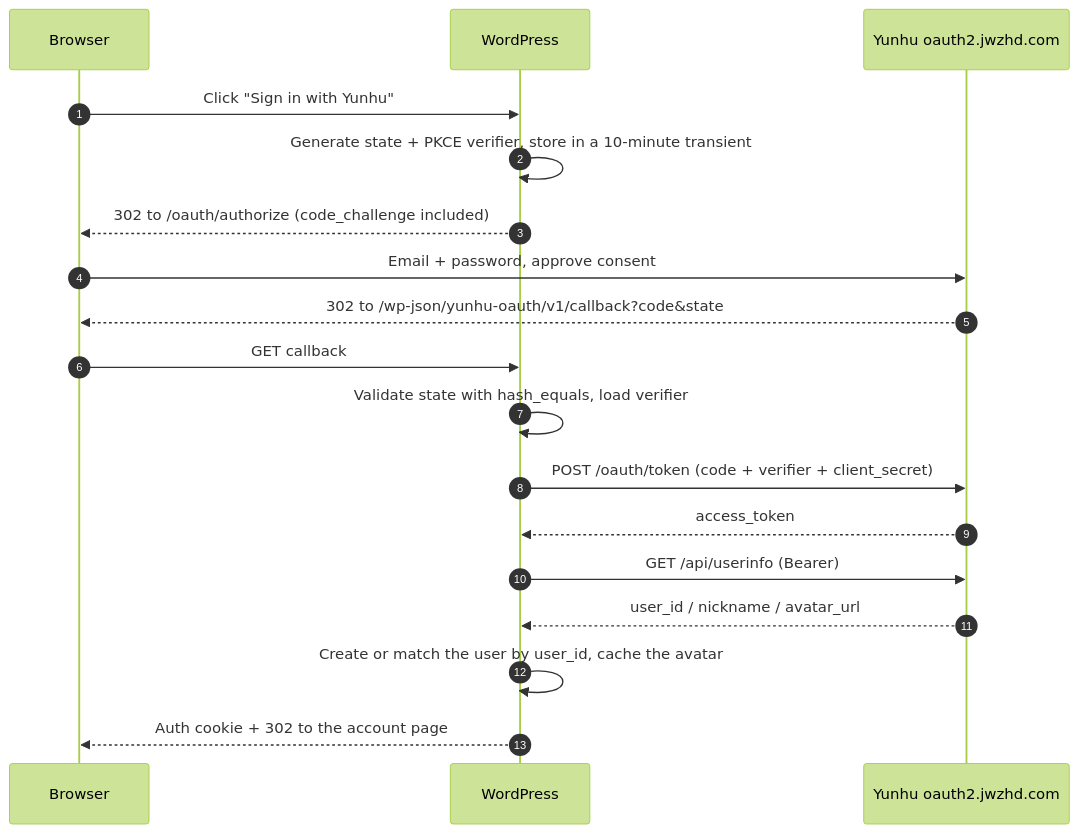
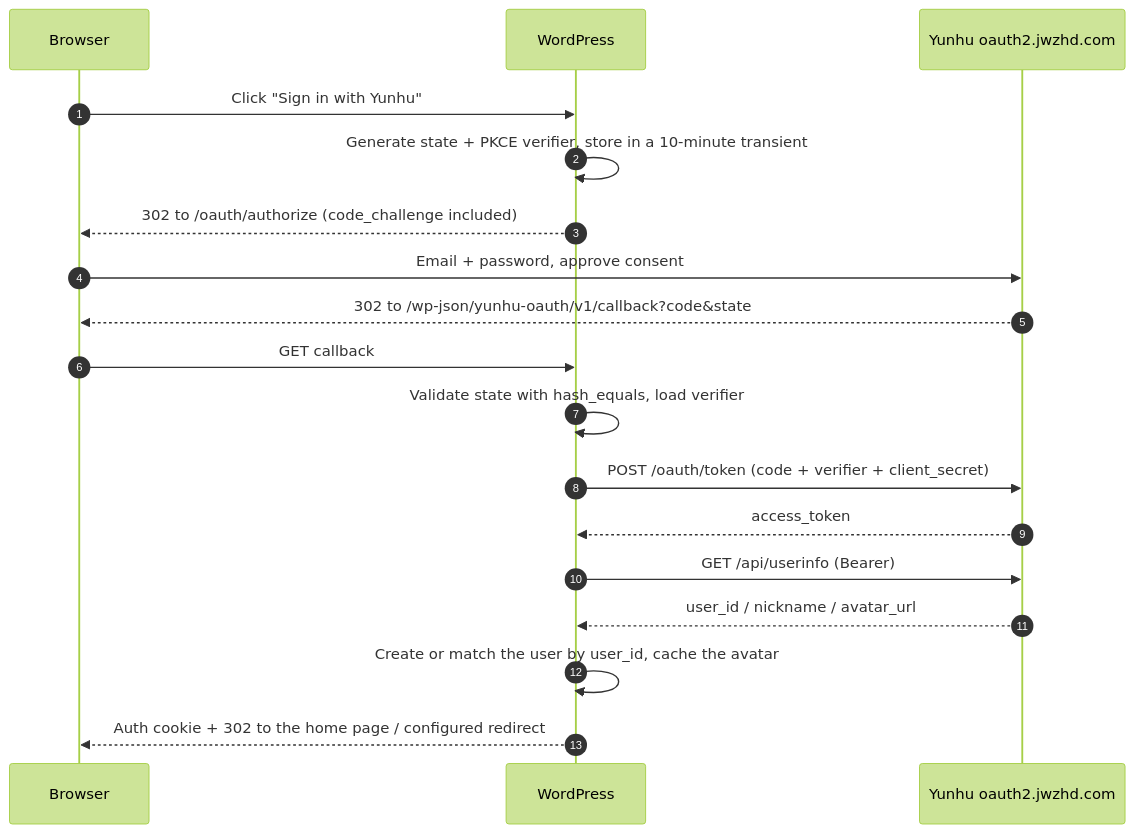
Before and after one commit to liutexi/wp-yh-oauth: the diagram in README.en.md, drawn with Mermaid (forest theme). The commit also changed other lines of this file and 12 other files, not shown here.

````diff
--- a/README.en.md
+++ b/README.en.md
@@ -82,21 +81,21 @@
 ```mermaid
 sequenceDiagram
     autonumber
     participant U as Browser
     participant W as WordPress
     participant Y as Yunhu oauth2.jwzhd.com
 
     U->>W: Click "Sign in with Yunhu"
     W->>W: Generate state + PKCE verifier, store in a 10-minute transient
     W-->>U: 302 to /oauth/authorize (code_challenge included)
     U->>Y: Email + password, approve consent
     Y-->>U: 302 to /wp-json/yunhu-oauth/v1/callback?code&state
     U->>W: GET callback
     W->>W: Validate state with hash_equals, load verifier
     W->>Y: POST /oauth/token (code + verifier + client_secret)
     Y-->>W: access_token
     W->>Y: GET /api/userinfo (Bearer)
     Y-->>W: user_id / nickname / avatar_url
     W->>W: Create or match the user by user_id, cache the avatar
-    W-->>U: Auth cookie + 302 to the account page
+    W-->>U: Auth cookie + 302 to the home page / configured redirect
 ```
````
